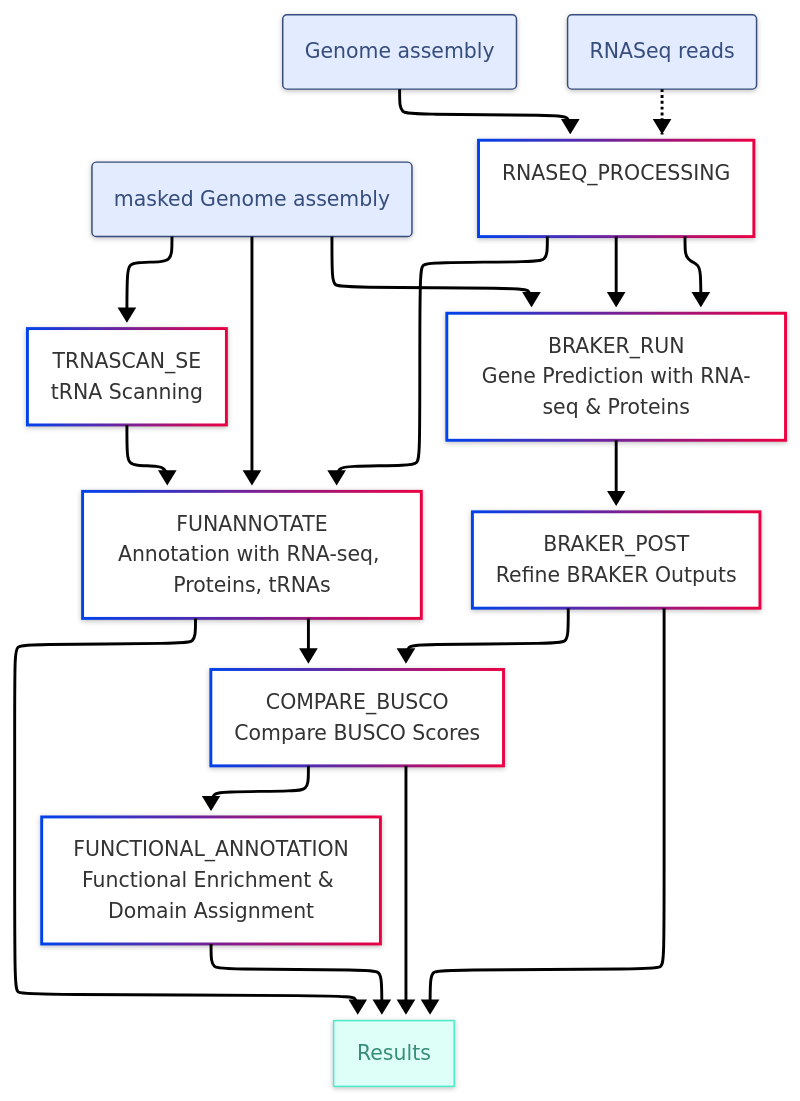
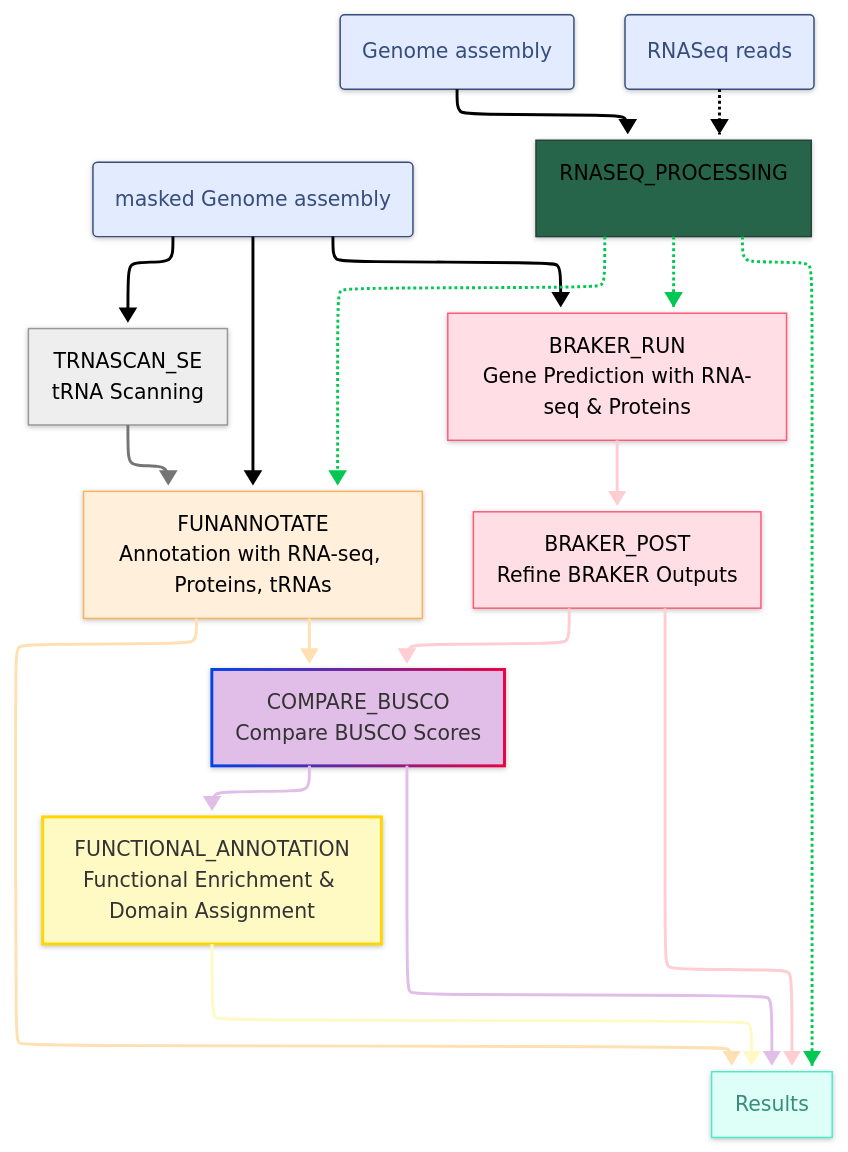
The diagram in README.md (abdo3a/GeneForge), drawn with Mermaid before and after one commit.

````diff
--- a/README.md
+++ b/README.md
@@ -113,28 +113,56 @@
 ```mermaid
 ---
 config:
   layout: elk
   theme: neo
   look: neo
 ---
 flowchart TD
     B["masked Genome assembly"] --> C["TRNASCAN_SE<br>tRNA Scanning"] & E2["FUNANNOTATE<br>Annotation with RNA-seq, Proteins, tRNAs"] & E1["BRAKER_RUN<br>Gene Prediction with RNA-seq &amp; Proteins"]
-    D["RNASEQ_PROCESSING<br><br>"] --> E1 & E2 & E1
+    D["RNASEQ_PROCESSING<br><br>"] -.-> E2 & E1 & I["Results"]
     C --> E2
     E1 --> F["BRAKER_POST<br>Refine BRAKER Outputs"]
-    E2 --> G1["COMPARE_BUSCO<br>Compare BUSCO Scores"] & I["Results"]
+    E2 --> G1["COMPARE_BUSCO<br>Compare BUSCO Scores"] & I
     F --> G1 & I
     G1 --> H["FUNCTIONAL_ANNOTATION<br>Functional Enrichment &amp; Domain Assignment"] & I
     H --> I
     n1["Genome assembly"] --> D
     n2["RNASeq reads"] -.-> D
     B@{ shape: rounded}
     n1@{ shape: rounded}
     n2@{ shape: rounded}
      B:::Sky
+     C:::Ash
+     E2:::Peach
+     E1:::Rose
+     D:::Pine
      I:::Aqua
+     F:::Rose
+     H:::Class_02
      n1:::Sky
      n2:::Sky
     classDef Sky stroke-width:1px, stroke-dasharray:none, stroke:#374D7C, fill:#E2EBFF, color:#374D7C
     classDef Aqua stroke-width:1px, stroke-dasharray:none, stroke:#46EDC8, fill:#DEFFF8, color:#378E7A
+    classDef Pine stroke-width:1px, stroke-dasharray:none, stroke:#254336, fill:#27654A, color:#FFFFFF
+    classDef Rose stroke-width:1px, stroke-dasharray:none, stroke:#FF5978, fill:#FFDFE5, color:#8E2236
+    classDef Ash stroke-width:1px, stroke-dasharray:none, stroke:#999999, fill:#EEEEEE, color:#000000
+    classDef Peach stroke-width:1px, stroke-dasharray:none, stroke:#FBB35A, fill:#FFEFDB, color:#8F632D
+    classDef Class_02 stroke:#FFD600, fill:#FFF9C4
+    style E2 color:#000000
+    style E1 color:#000000
+    style D color:#000000
+    style F color:#000000
+    style G1 fill:#E1BEE7
+    linkStyle 3 stroke:#00C853,fill:none
+    linkStyle 4 stroke:#00C853,fill:none
+    linkStyle 5 stroke:#00C853,fill:none
+    linkStyle 6 stroke:#757575,fill:none
+    linkStyle 7 stroke:#FFCDD2,fill:none
+    linkStyle 8 stroke:#FFE0B2,fill:none
+    linkStyle 9 stroke:#FFE0B2,fill:none
+    linkStyle 10 stroke:#FFCDD2,fill:none
+    linkStyle 11 stroke:#FFCDD2,fill:none
+    linkStyle 12 stroke:#E1BEE7,fill:none
+    linkStyle 13 stroke:#E1BEE7,fill:none
+    linkStyle 14 stroke:#FFF9C4,fill:none
 ```
````
